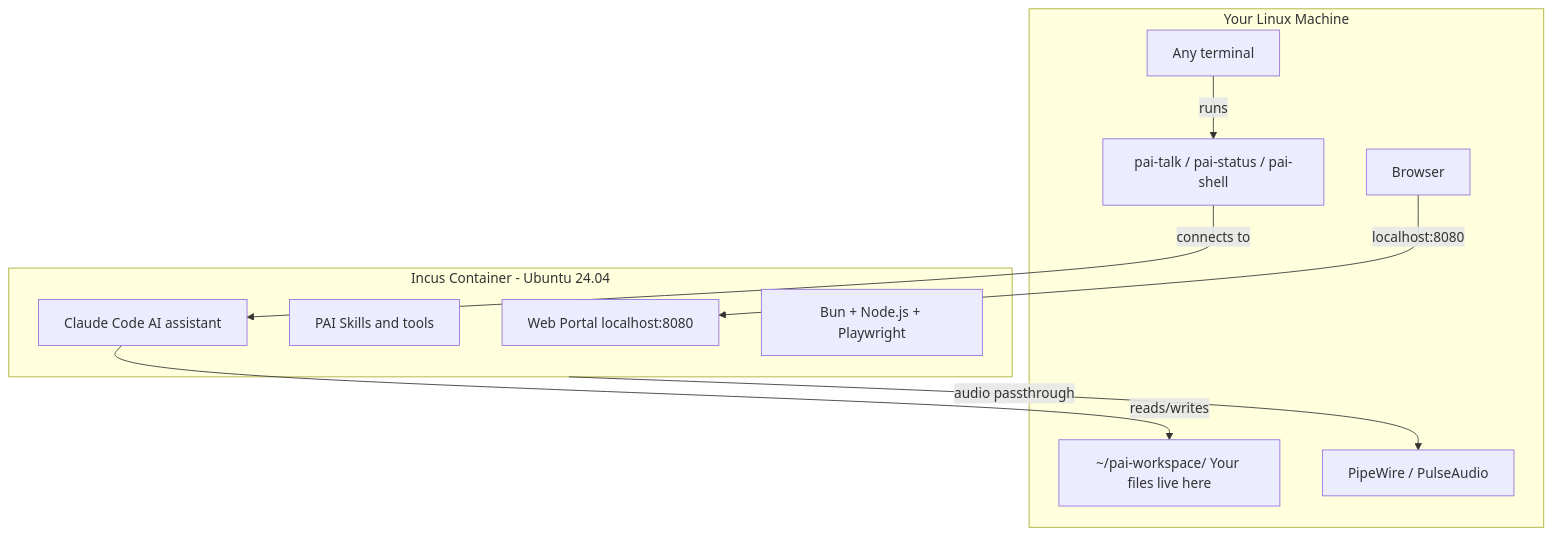
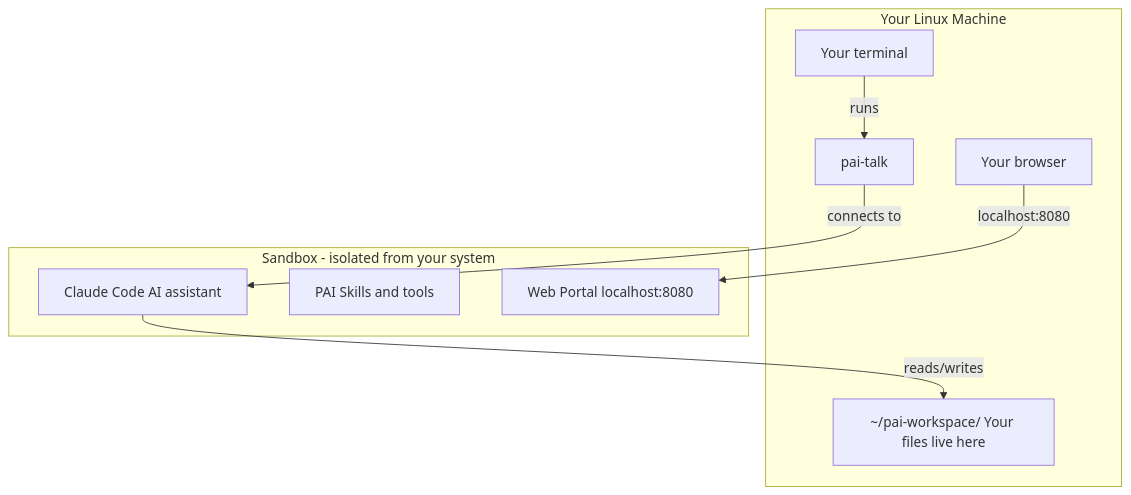
Before and after one commit to jaredstanko/pai-incus: the diagram in README.md, drawn with Mermaid. The commit also changed other lines of this file, not shown here.

````diff
--- a/README.md
+++ b/README.md
@@ -7,23 +7,20 @@
 ```mermaid
 graph TB
     subgraph host [Your Linux Machine]
-        terminal[Any terminal]
-        cli[pai-talk / pai-status / pai-shell]
+        terminal[Your terminal]
+        cli[pai-talk]
         workspace[~/pai-workspace/ Your files live here]
-        browser[Browser]
-        audio[PipeWire / PulseAudio]
+        browser[Your browser]
     end
 
-    subgraph container [Incus Container - Ubuntu 24.04]
+    subgraph container [Sandbox - isolated from your system]
         claude[Claude Code AI assistant]
         pai[PAI Skills and tools]
         portal[Web Portal localhost:8080]
-        bun[Bun + Node.js + Playwright]
     end
 
     terminal -->|runs| cli
     cli -->|connects to| claude
     claude -->|reads/writes| workspace
     browser -->|localhost:8080| portal
-    container -->|audio passthrough| audio
 ```
````
